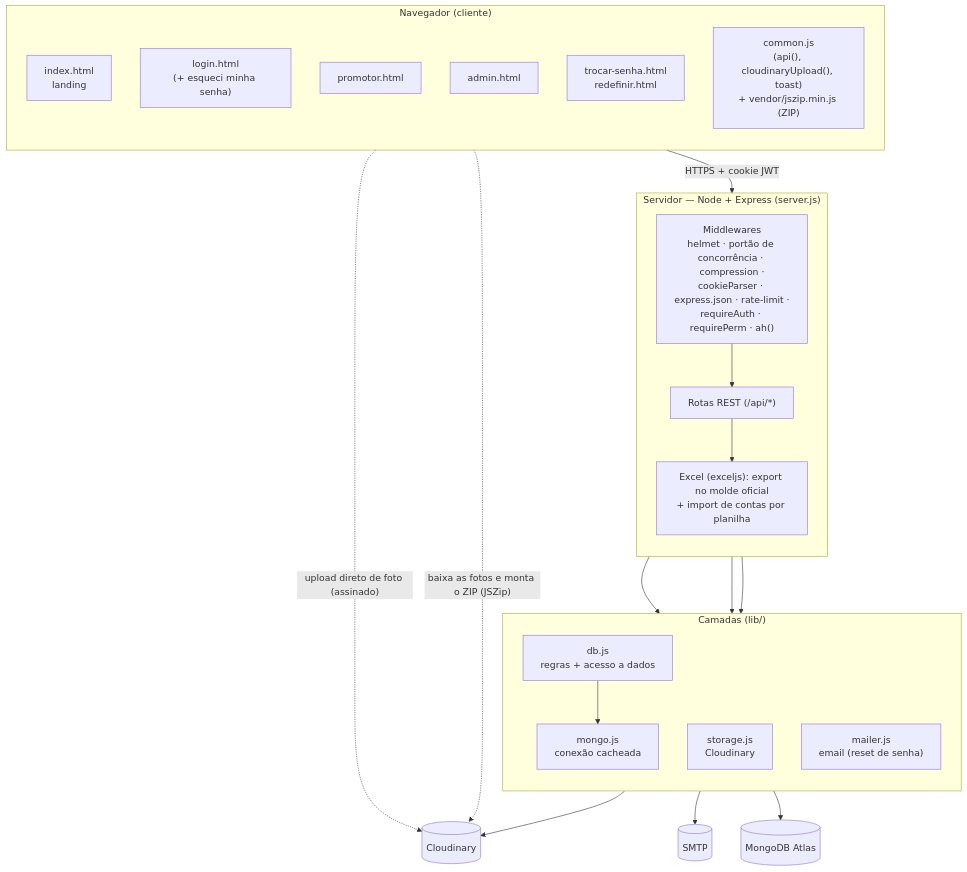
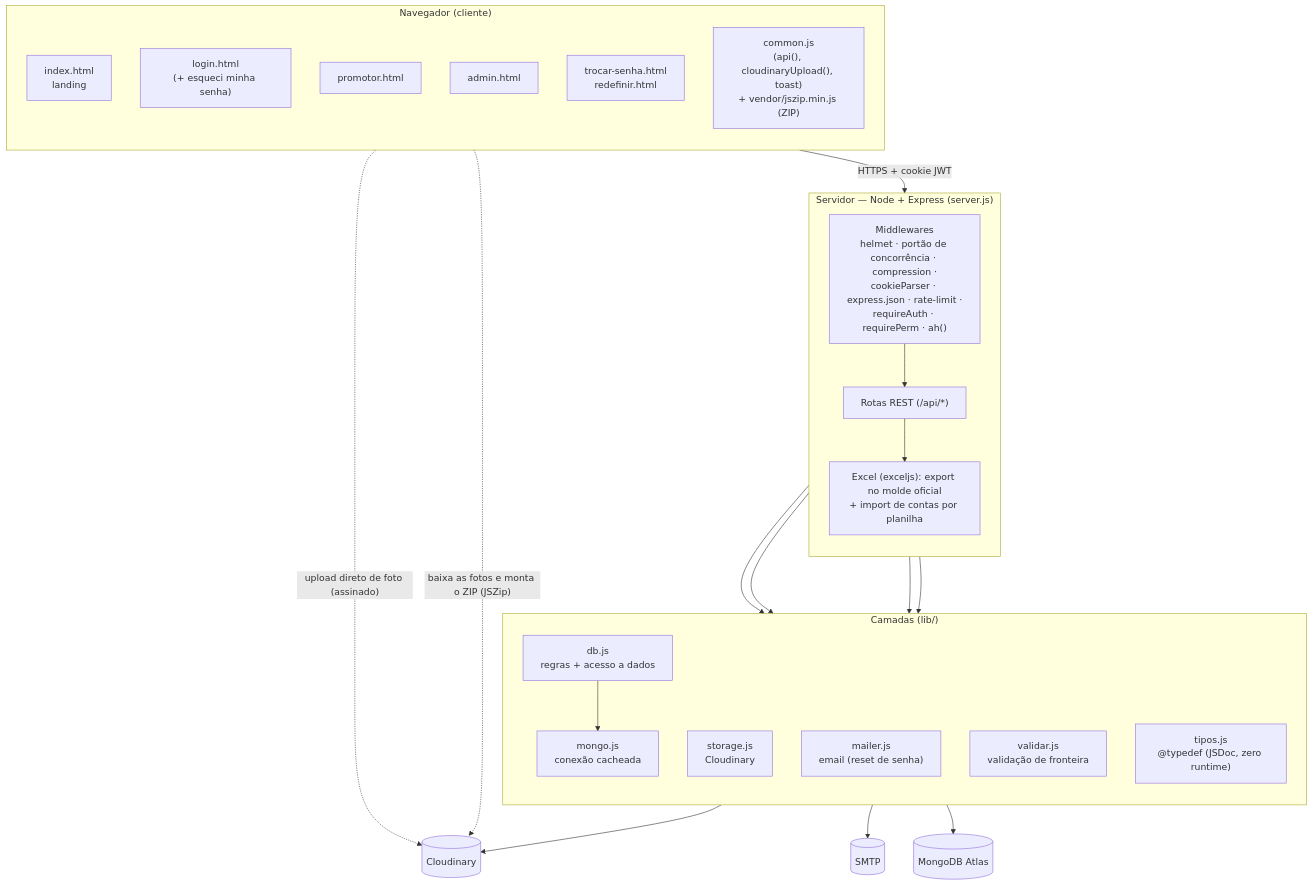
The first of 2 diagrams in docs/01-arquitetura.md (Vaniteux2006/pdv_memphis), drawn with Mermaid before and after one commit. The commit also changed other lines of this file and 16 other files, not shown here.

First line of the commit message:
bloco 4: tipagem (JSDoc + checkJs) e validacao de fronteira

````diff
--- a/docs/01-arquitetura.md
+++ b/docs/01-arquitetura.md
@@ -5,41 +5,44 @@
 ```mermaid
 flowchart TB
   subgraph Browser["Navegador (cliente)"]
     direction TB
     LP["index.html<br/>landing"]
     LG["login.html<br/>(+ esqueci minha senha)"]
     PR["promotor.html"]
     AD["admin.html"]
     TS["trocar-senha.html<br/>redefinir.html"]
     CM["common.js<br/>(api(), cloudinaryUpload(), toast)<br/>+ vendor/jszip.min.js (ZIP)"]
   end
 
   subgraph Server["Servidor — Node + Express (server.js)"]
     direction TB
     MW["Middlewares<br/>helmet · portão de concorrência · compression ·<br/>cookieParser · express.json · rate-limit ·<br/>requireAuth · requirePerm · ah()"]
     RT["Rotas REST (/api/*)"]
     EX["Excel (exceljs): export no molde oficial<br/>+ import de contas por planilha"]
   end
 
   subgraph Lib["Camadas (lib/)"]
     direction TB
     DBL["db.js<br/>regras + acesso a dados"]
     MGL["mongo.js<br/>conexão cacheada"]
     STL["storage.js<br/>Cloudinary"]
     MAL["mailer.js<br/>email (reset de senha)"]
+    VAL["validar.js<br/>validação de fronteira"]
+    TIP["tipos.js<br/>@typedef (JSDoc, zero runtime)"]
   end
 
   MO[("MongoDB Atlas")]
   CL[("Cloudinary")]
   SMTP[("SMTP")]
 
   Browser -->|"HTTPS + cookie JWT"| MW --> RT
+  RT --> VAL
   RT --> DBL
   RT --> STL
   RT --> EX
   RT --> MAL --> SMTP
   DBL --> MGL --> MO
   STL --> CL
   Browser -. "upload direto de foto (assinado)" .-> CL
   Browser -. "baixa as fotos e monta o ZIP (JSZip)" .-> CL
 ```
````
